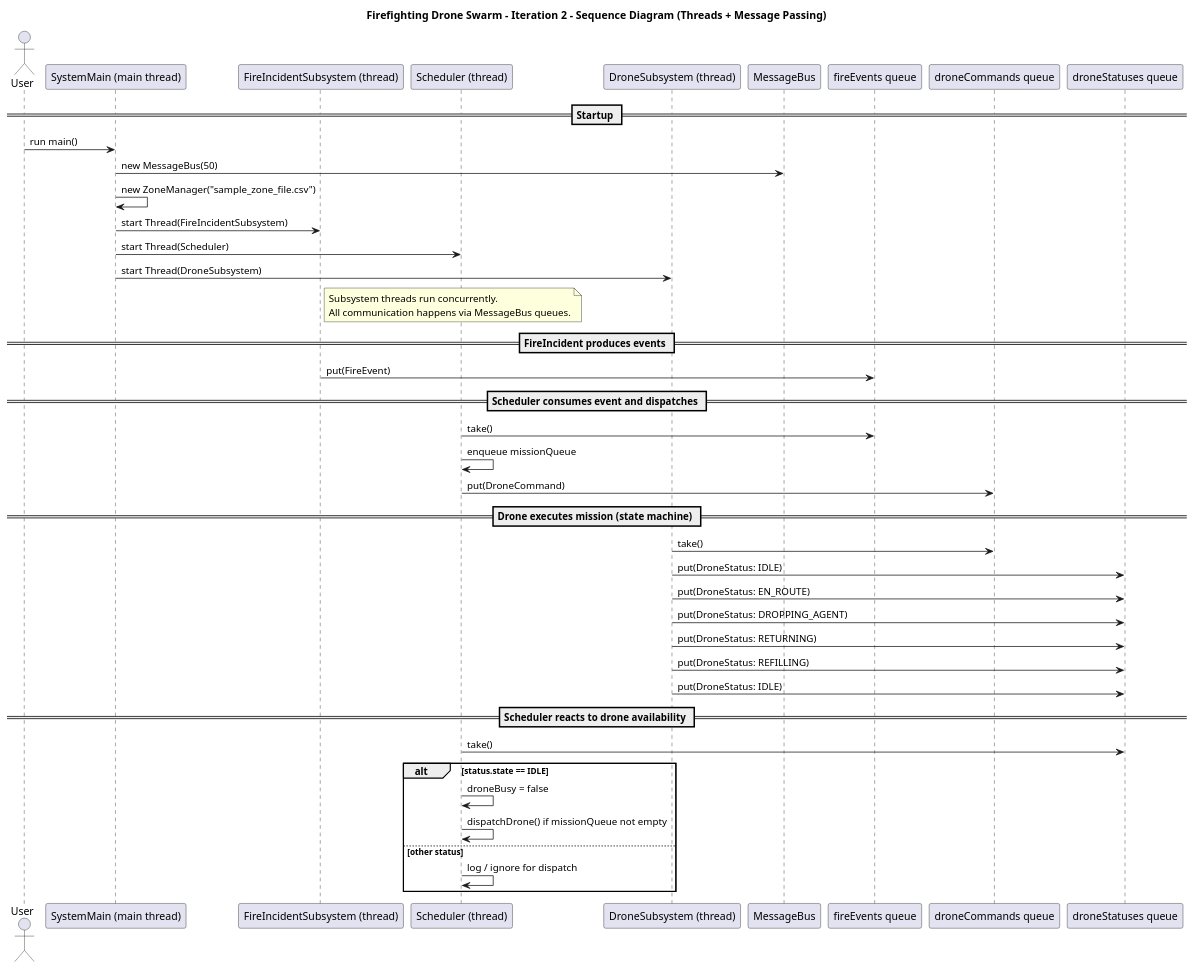
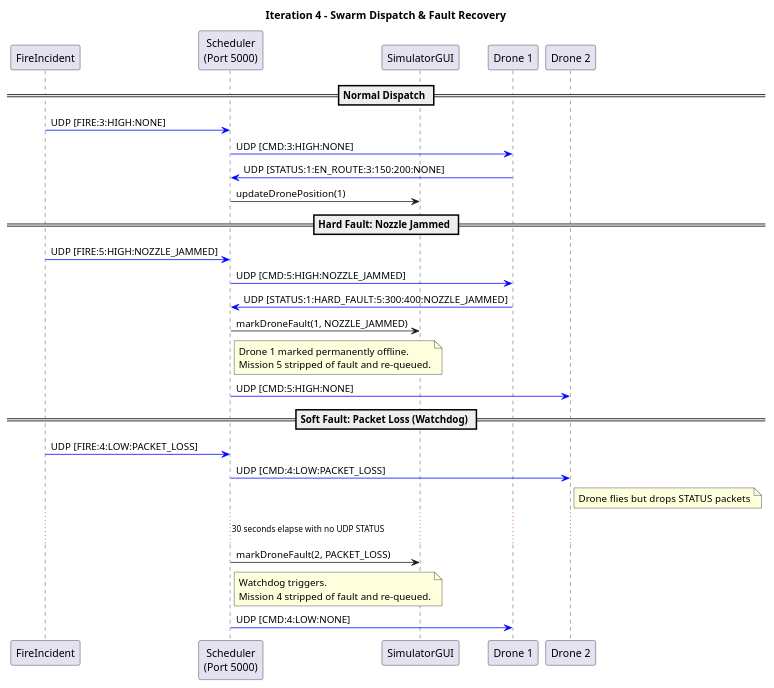
One commit to UMNIYAH/Firefighting-Drone-Swarm changed the diagram in Diagrams/Sequence Diagram.puml. Above: the diagram before and after it, drawn with PlantUML. The commit also changed 9 other files, not shown here.

Commit message:
- Updated UML

```diff
--- a/Diagrams/Sequence Diagram.puml
+++ b/Diagrams/Sequence Diagram.puml
@@ -1,55 +1,44 @@
 @startuml
-title Firefighting Drone Swarm - Iteration 2 - Sequence Diagram (Threads + Message Passing)
+title Iteration 4 - Swarm Dispatch & Fault Recovery
 
-actor User
+participant "FireIncident" as FIS
+participant "Scheduler\n(Port 5000)" as SCH
+participant "SimulatorGUI" as GUI
+participant "Drone 1" as D1
+participant "Drone 2" as D2
 
-participant "SystemMain (main thread)" as MAIN
-participant "FireIncidentSubsystem (thread)" as FIS
-participant "Scheduler (thread)" as SCH
-participant "DroneSubsystem (thread)" as DRN
+== Normal Dispatch ==
+FIS -[#blue]> SCH : UDP [FIRE:3:HIGH:NONE]
+SCH -[#blue]> D1 : UDP [CMD:3:HIGH:NONE]
+D1 -[#blue]> SCH : UDP [STATUS:1:EN_ROUTE:3:150:200:NONE]
+SCH -> GUI : updateDronePosition(1)
 
-participant "MessageBus" as BUS
-participant "fireEvents queue" as Q_fire
-participant "droneCommands queue" as Q_cmd
-participant "droneStatuses queue" as Q_status
+== Hard Fault: Nozzle Jammed ==
+FIS -[#blue]> SCH : UDP [FIRE:5:HIGH:NOZZLE_JAMMED]
+SCH -[#blue]> D1 : UDP [CMD:5:HIGH:NOZZLE_JAMMED]
+D1 -[#blue]> SCH : UDP [STATUS:1:HARD_FAULT:5:300:400:NOZZLE_JAMMED]
 
-== Startup ==
-User -> MAIN : run main()
-MAIN -> BUS : new MessageBus(50)
-MAIN -> MAIN : new ZoneManager("sample_zone_file.csv")
-MAIN -> FIS : start Thread(FireIncidentSubsystem)
-MAIN -> SCH : start Thread(Scheduler)
-MAIN -> DRN : start Thread(DroneSubsystem)
-
-note right of FIS
-Subsystem threads run concurrently.
-All communication happens via MessageBus queues.
+SCH -> GUI : markDroneFault(1, NOZZLE_JAMMED)
+note right of SCH
+  Drone 1 marked permanently offline.
+  Mission 5 stripped of fault and re-queued.
 end note
 
-== FireIncident produces events ==
-FIS -> Q_fire : put(FireEvent)
+SCH -[#blue]> D2 : UDP [CMD:5:HIGH:NONE]
 
-== Scheduler consumes event and dispatches ==
-SCH -> Q_fire : take()
-SCH -> SCH : enqueue missionQueue
-SCH -> Q_cmd : put(DroneCommand)
+== Soft Fault: Packet Loss (Watchdog) ==
+FIS -[#blue]> SCH : UDP [FIRE:4:LOW:PACKET_LOSS]
+SCH -[#blue]> D2 : UDP [CMD:4:LOW:PACKET_LOSS]
 
-== Drone executes mission (state machine) ==
-DRN -> Q_cmd : take()
-DRN -> Q_status : put(DroneStatus: IDLE)
-DRN -> Q_status : put(DroneStatus: EN_ROUTE)
-DRN -> Q_status : put(DroneStatus: DROPPING_AGENT)
-DRN -> Q_status : put(DroneStatus: RETURNING)
-DRN -> Q_status : put(DroneStatus: REFILLING)
-DRN -> Q_status : put(DroneStatus: IDLE)
+note right of D2 : Drone flies but drops STATUS packets
+... 30 seconds elapse with no UDP STATUS ...
 
-== Scheduler reacts to drone availability ==
-SCH -> Q_status : take()
-alt status.state == IDLE
-  SCH -> SCH : droneBusy = false
-  SCH -> SCH : dispatchDrone() if missionQueue not empty
-else other status
-  SCH -> SCH : log / ignore for dispatch
-end
+SCH -> GUI : markDroneFault(2, PACKET_LOSS)
+note right of SCH
+  Watchdog triggers.
+  Mission 4 stripped of fault and re-queued.
+end note
+
+SCH -[#blue]> D1 : UDP [CMD:4:LOW:NONE]
 
 @enduml
```
